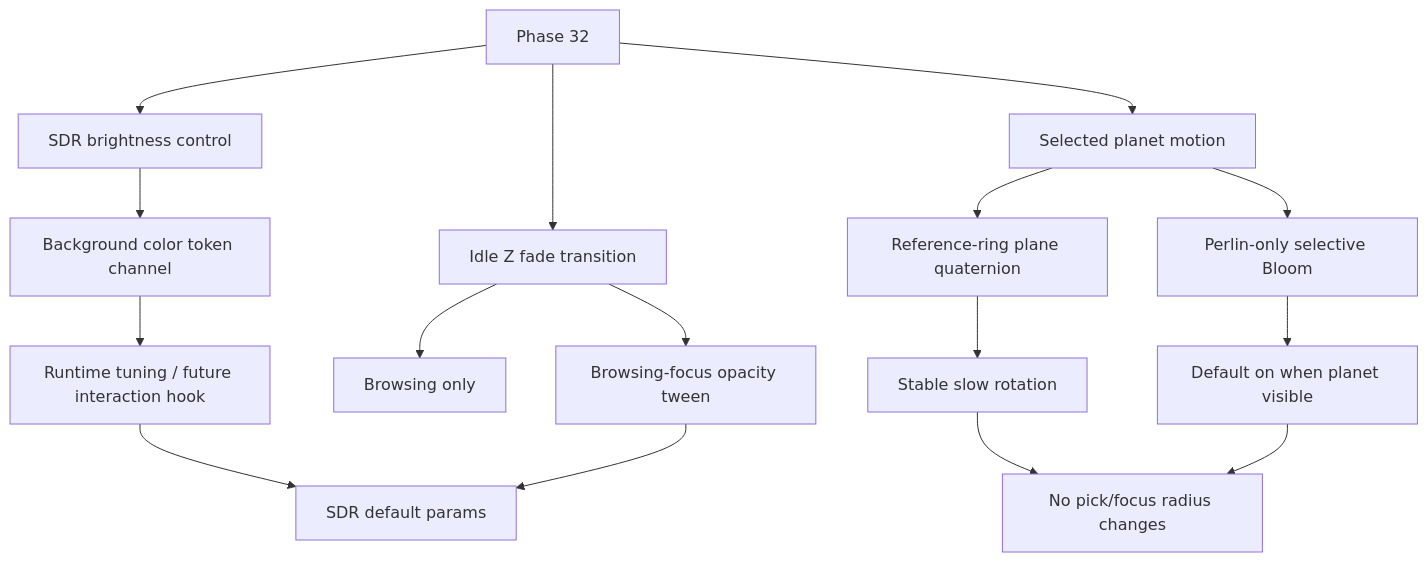
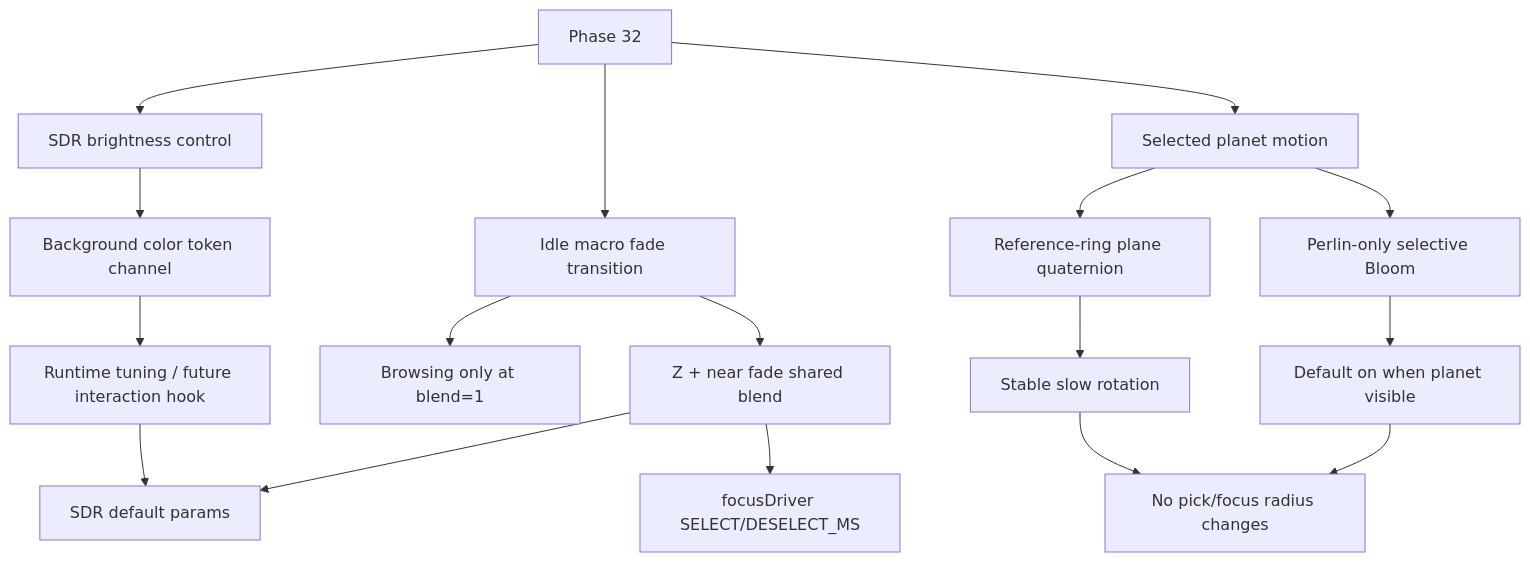
One commit to XYBuilds/chronicle_v3_3d_galaxy changed the diagram in .cursor/plans/phase_32_sdr_readability_motion.plan.md. Above: the diagram before and after it, drawn with Mermaid. The commit also changed other lines of this file, not shown here.

First line of the commit message:
docs(sdr): update Phase 32 motion plan and transition strategy

````diff
--- a/.cursor/plans/phase_32_sdr_readability_motion.plan.md
+++ b/.cursor/plans/phase_32_sdr_readability_motion.plan.md
@@ -44,18 +44,19 @@
 ```mermaid
 flowchart TD
   A[Phase 32] --> B[SDR brightness control]
-  A --> C[Idle Z fade transition]
+  A --> C[Idle macro fade transition]
   A --> D[Selected planet motion]
   B --> E[Background color token channel]
   E --> F[Runtime tuning / future interaction hook]
-  C --> G[Browsing only]
-  C --> H[Browsing-focus opacity tween]
+  C --> G[Browsing only at blend=1]
+  C --> H[Z + near fade shared blend]
+  H --> H2[focusDriver SELECT/DESELECT_MS]
   F --> I[SDR default params]
   H --> I
   D --> J[Reference-ring plane quaternion]
   D --> M[Perlin-only selective Bloom]
   J --> K[Stable slow rotation]
   M --> N[Default on when planet visible]
   K --> L[No pick/focus radius changes]
   N --> L
 ```
````
